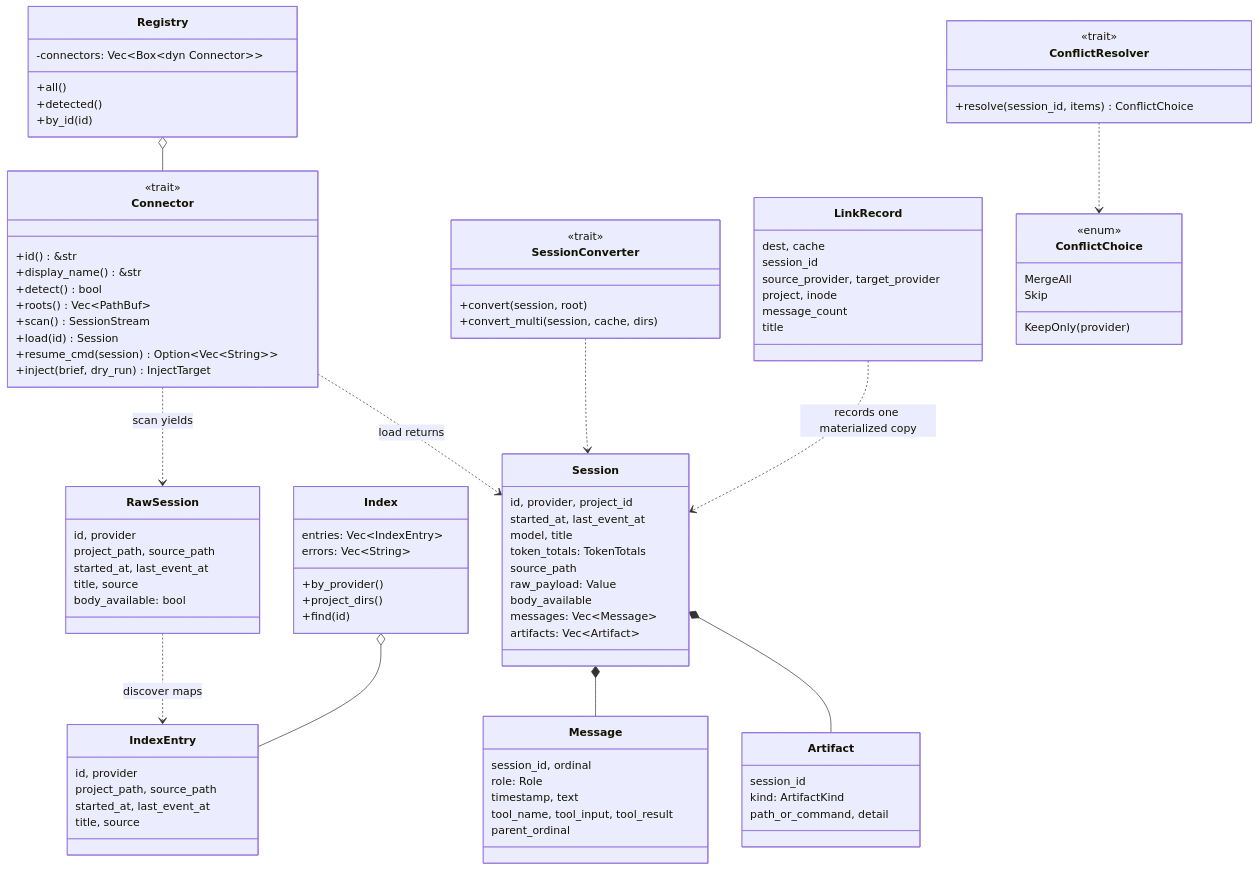
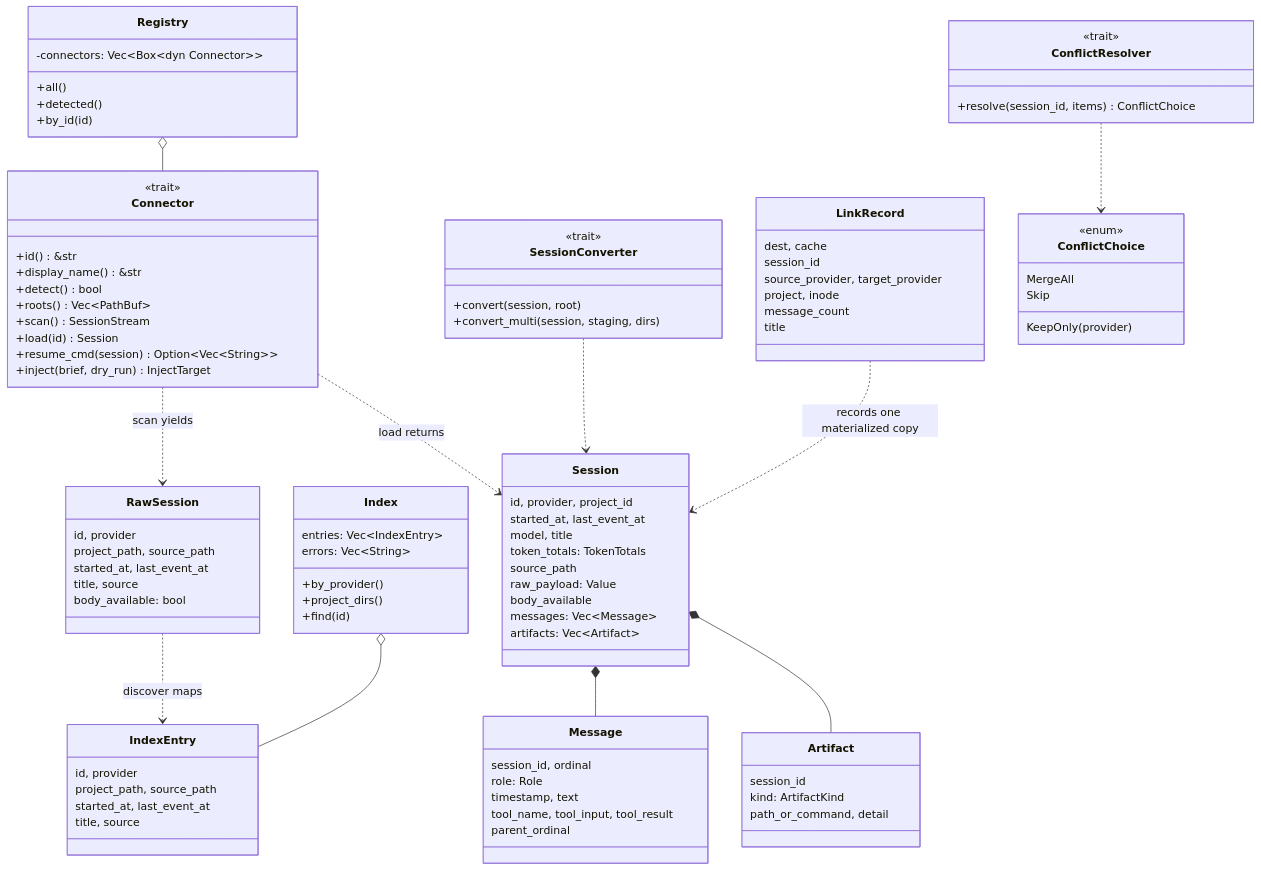
Before and after one commit to 45Harry/agentbridge: the seventh of 12 diagrams in ARCHITECTURE.md, drawn with Mermaid. The commit also changed other lines of this file and 1 other file, not shown here.

First line of the commit message:
docs: bring ARCHITECTURE.md in line with the code

```diff
--- a/ARCHITECTURE.md
+++ b/ARCHITECTURE.md
@@ -315,7 +325,7 @@
     class SessionConverter {
         <<trait>>
         +convert(session, root)
-        +convert_multi(session, cache, dirs)
+        +convert_multi(session, staging, dirs)
     }
     class ConflictResolver {
         <<trait>>
```
